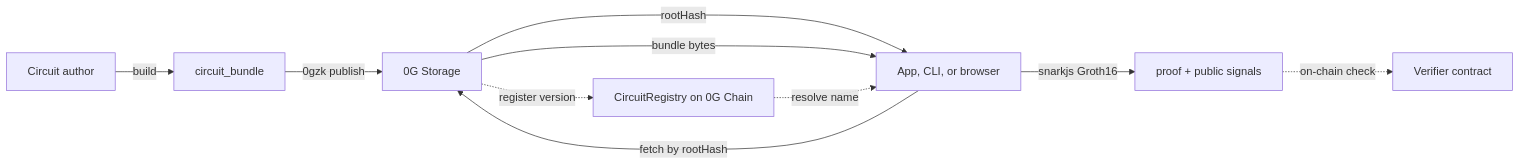
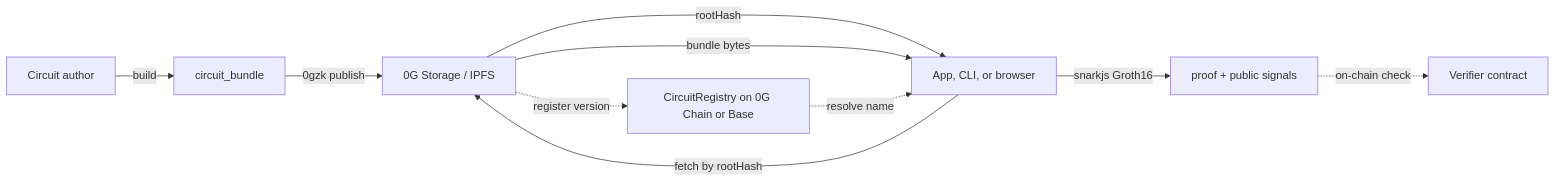
The diagram in docs/content/index.mdx (oynozan/0gzk), drawn with Mermaid before and after one commit. The commit also changed other lines of this file and 21 other files, not shown here.

````diff
--- a/docs/content/index.mdx
+++ b/docs/content/index.mdx
@@ -57,12 +57,12 @@
 ```mermaid
 flowchart LR
   Author["Circuit author"] -->|build| Bundle["circuit_bundle"]
-  Bundle -->|0gzk publish| Storage["0G Storage"]
+  Bundle -->|0gzk publish| Storage["0G Storage / IPFS"]
   Storage -->|rootHash| Client["App, CLI, or browser"]
   Client -->|fetch by rootHash| Storage
   Storage -->|bundle bytes| Client
   Client -->|snarkjs Groth16| Proof["proof + public signals"]
-  Storage -.->|register version| Registry["CircuitRegistry on 0G Chain"]
+  Storage -.->|register version| Registry["CircuitRegistry on 0G Chain or Base"]
   Registry -.->|resolve name| Client
   Proof -.->|on-chain check| Verifier["Verifier contract"]
 ```
````
